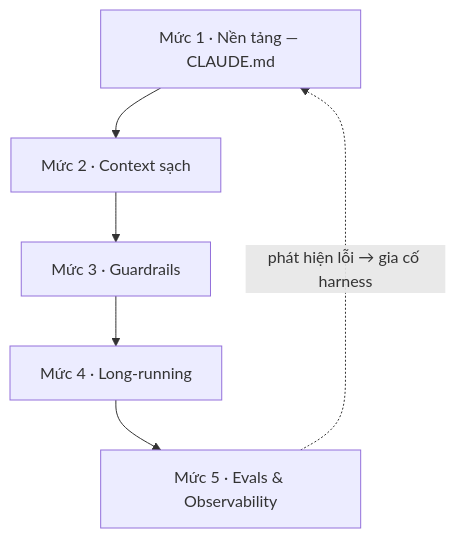
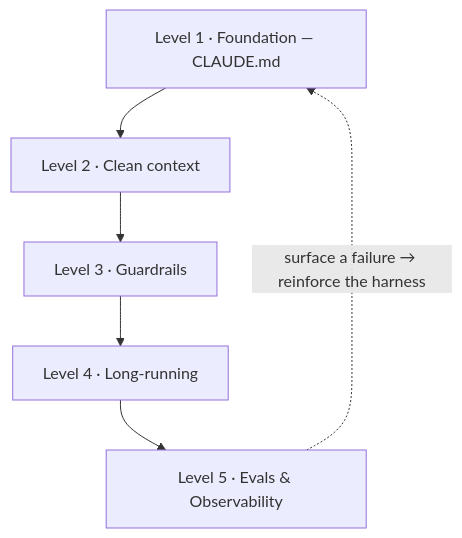
The second of 2 diagrams in README.md (HoangTechCS-AIE/harness-kit), drawn with Mermaid before and after one commit. The commit also changed other lines of this file and 2 other files, not shown here.

````diff
--- a/README.md
+++ b/README.md
@@ -55,8 +56,8 @@
 ```mermaid
 flowchart TD
-    L1["Mức 1 · Nền tảng — CLAUDE.md"] --> L2["Mức 2 · Context sạch"]
-    L2 --> L3["Mức 3 · Guardrails"]
-    L3 --> L4["Mức 4 · Long-running"]
-    L4 --> L5["Mức 5 · Evals & Observability"]
-    L5 -.->|"phát hiện lỗi → gia cố harness"| L1
+    L1["Level 1 · Foundation — CLAUDE.md"] --> L2["Level 2 · Clean context"]
+    L2 --> L3["Level 3 · Guardrails"]
+    L3 --> L4["Level 4 · Long-running"]
+    L4 --> L5["Level 5 · Evals & Observability"]
+    L5 -.->|"surface a failure → reinforce the harness"| L1
 ```
````
